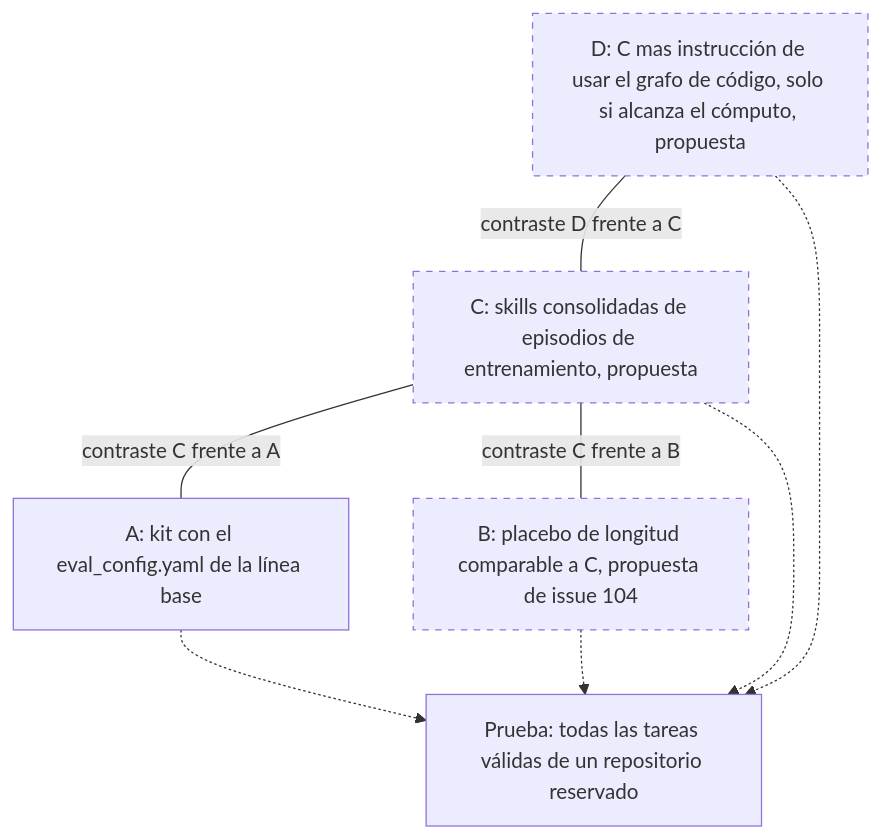
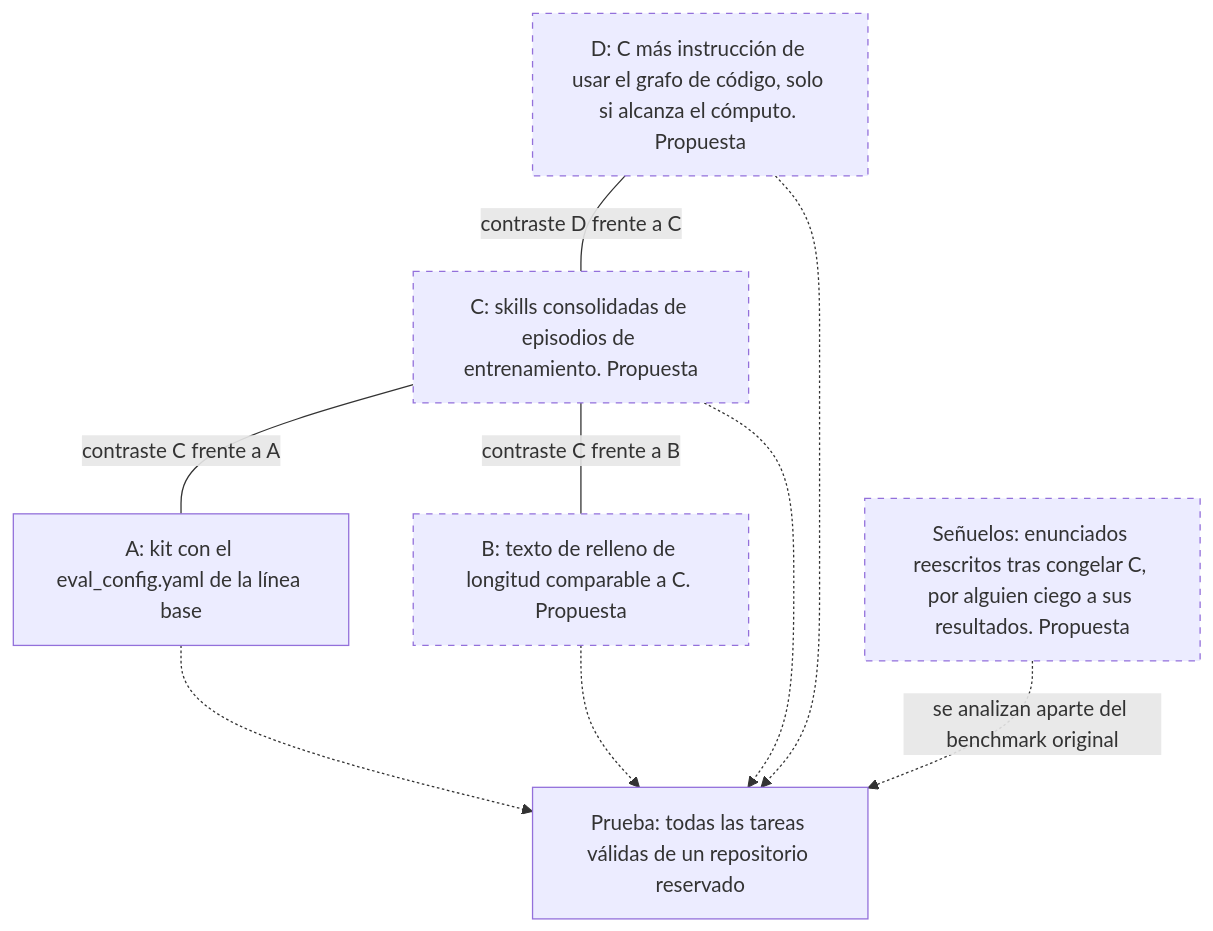
One commit to cherrera0001/Agents_Learning_Loops changed the fourth of 6 diagrams in experiments/gemma_developer_agent/README.md. Above: the diagram before and after it, drawn with Mermaid. The commit also changed other lines of this file and 5 other files, not shown here.

````diff
--- a/experiments/gemma_developer_agent/README.md
+++ b/experiments/gemma_developer_agent/README.md
@@ -548,18 +646,21 @@
 ```mermaid
 flowchart TD
     A["A: kit con el eval_config.yaml de la línea base"]
-    B["B: placebo de longitud comparable a C, propuesta de issue 104"]
-    C["C: skills consolidadas de episodios de entrenamiento, propuesta"]
-    D["D: C mas instrucción de usar el grafo de código, solo si alcanza el cómputo, propuesta"]
+    B["B: texto de relleno de longitud comparable a C. Propuesta"]
+    C["C: skills consolidadas de episodios de entrenamiento. Propuesta"]
+    D["D: C más instrucción de usar el grafo de código, solo si alcanza el cómputo. Propuesta"]
     P["Prueba: todas las tareas válidas de un repositorio reservado"]
+    S["Señuelos: enunciados reescritos tras congelar C, por alguien ciego a sus resultados. Propuesta"]
     A -.-> P
     B -.-> P
     C -.-> P
     D -.-> P
     C ---|"contraste C frente a A"| A
     C ---|"contraste C frente a B"| B
     D ---|"contraste D frente a C"| C
+    S -.->|"se analizan aparte del benchmark original"| P
     style B stroke-dasharray: 5 5
     style C stroke-dasharray: 5 5
     style D stroke-dasharray: 5 5
+    style S stroke-dasharray: 5 5
 ```
````
